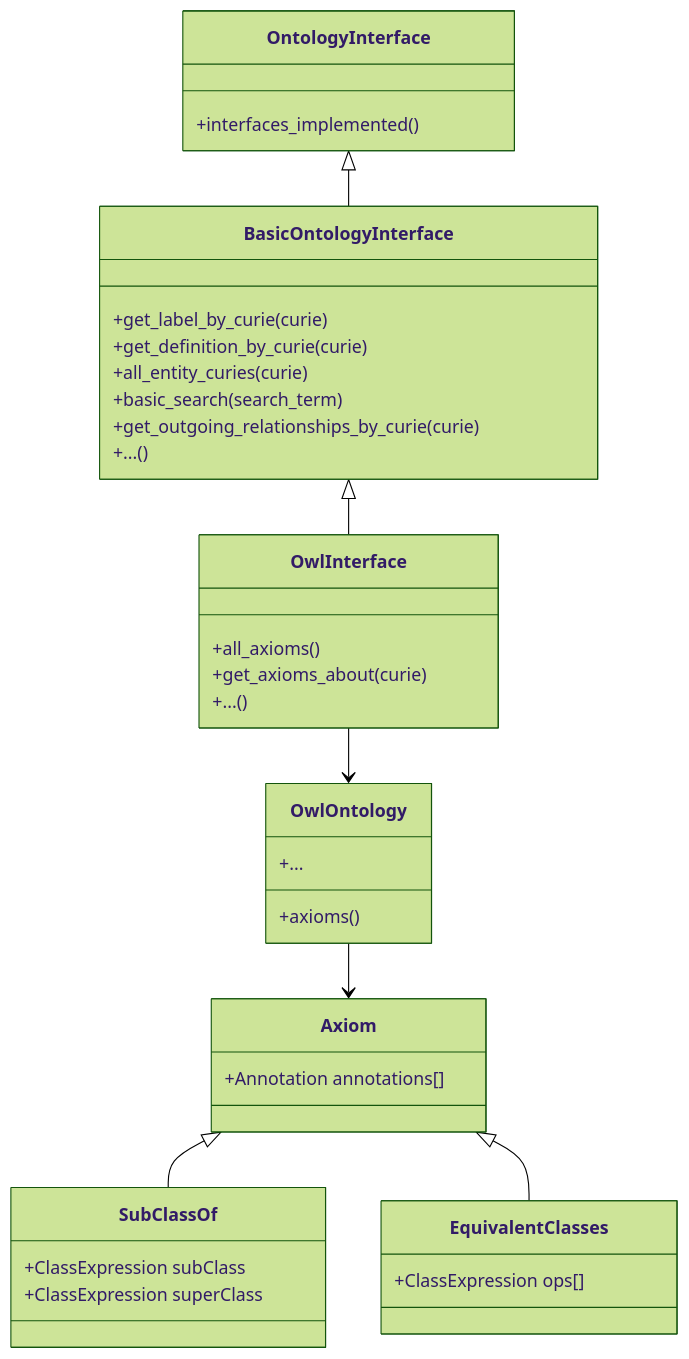
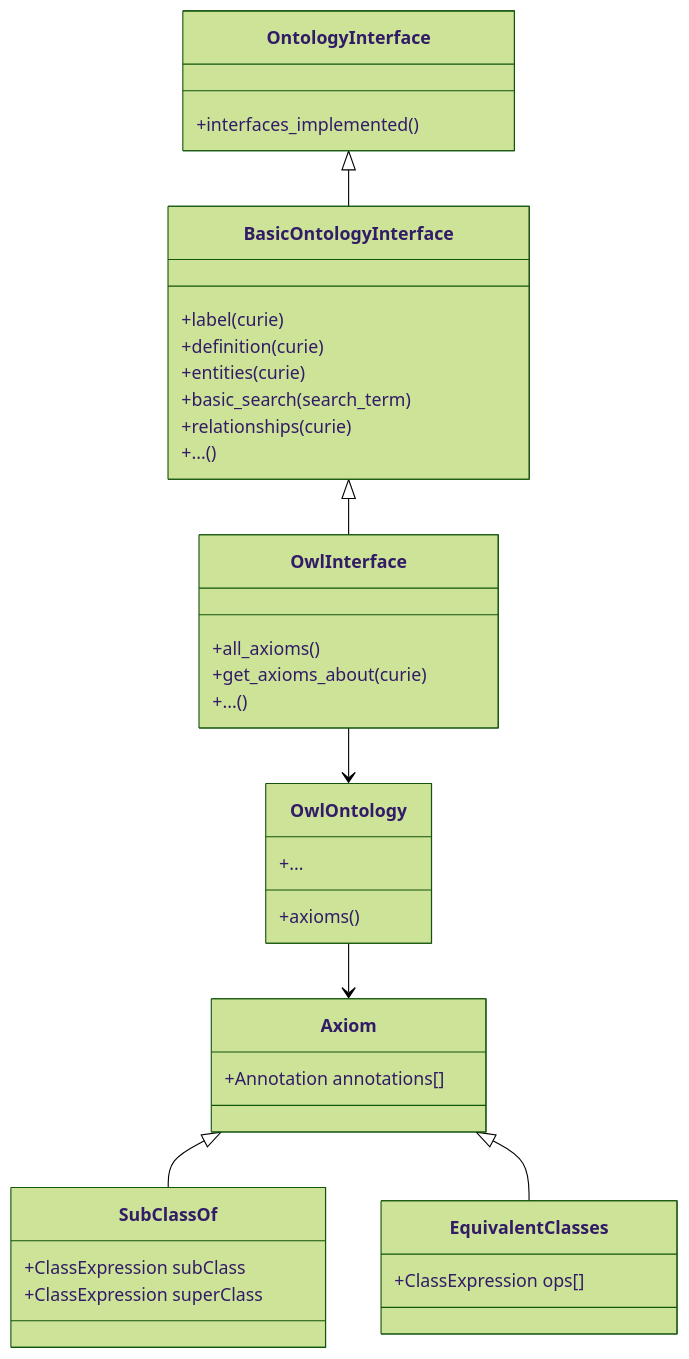
Before and after one commit to INCATools/ontology-access-kit: the third of 3 diagrams in docs/packages/architecture.rst, drawn with Mermaid (forest theme). The commit also changed other lines of this file and 32 other files, not shown here.

```diff
--- a/docs/packages/architecture.rst
+++ b/docs/packages/architecture.rst
@@ -131,39 +133,39 @@
 .. mermaid::
 
   classDiagram
       class OntologyInterface {
           +interfaces_implemented()
       }
       class BasicOntologyInterface {
-          +get_label_by_curie(curie)
-          +get_definition_by_curie(curie)
-          +all_entity_curies(curie)
+          +label(curie)
+          +definition(curie)
+          +entities(curie)
           +basic_search(search_term)
-          +get_outgoing_relationships_by_curie(curie)
+          +relationships(curie)
           +...()
       }
       OntologyInterface <|-- BasicOntologyInterface
       class OwlInterface {
           +all_axioms()
           +get_axioms_about(curie)
           +...()
       }
       BasicOntologyInterface <|-- OwlInterface
       OwlInterface --> OwlOntology
       class OwlOntology {
           +axioms()
           +...
       }
       class Axiom {
           +Annotation annotations[]
       }
       OwlOntology --> Axiom
       class SubClassOf {
           +ClassExpression subClass
           +ClassExpression superClass
       }
       Axiom <|-- SubClassOf
       class EquivalentClasses {
           +ClassExpression ops[]
       }
       Axiom <|-- EquivalentClasses
```
